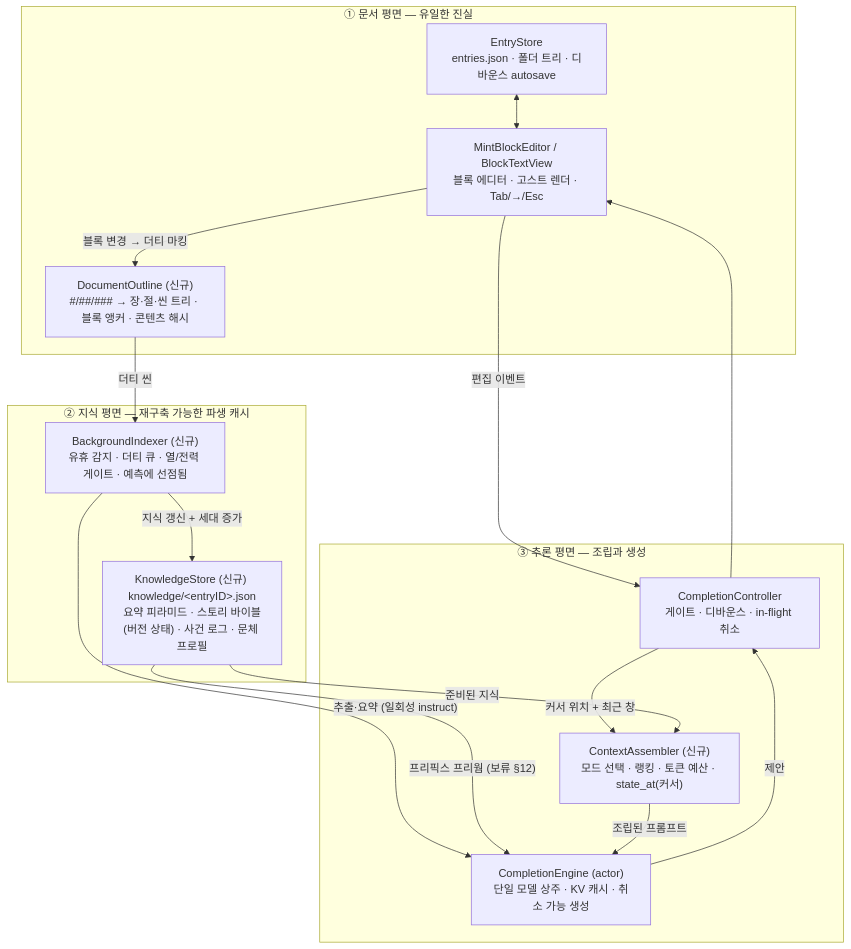
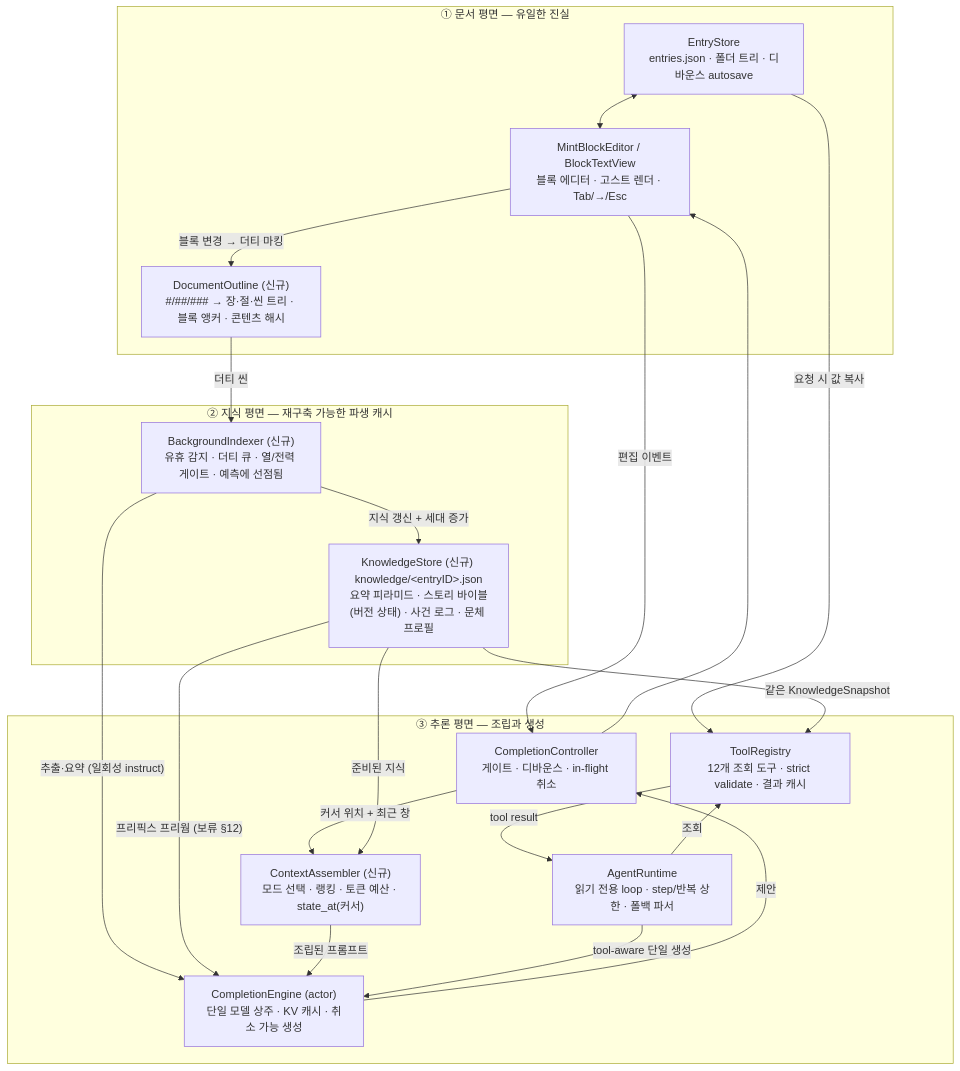
The diagram in PLAN.md (sorbetsharkroundhand/MINT), drawn with Mermaid before and after one commit. The commit also changed other lines of this file and 17 other files, not shown here.

First line of the commit message:
feat: Writing Agent MVP — 읽기 전용 tool-calling loop (PLAN §14 M10)

````diff
--- a/PLAN.md
+++ b/PLAN.md
@@ -75,29 +75,35 @@
 ```mermaid
 flowchart TD
     subgraph DOC["① 문서 평면 — 유일한 진실"]
         BE["MintBlockEditor / BlockTextView<br/>블록 에디터 · 고스트 렌더 · Tab/→/Esc"]
         ES["EntryStore<br/>entries.json · 폴더 트리 · 디바운스 autosave"]
         OL["DocumentOutline (신규)<br/>#/##/### → 장·절·씬 트리 · 블록 앵커 · 콘텐츠 해시"]
     end
     subgraph KNOW["② 지식 평면 — 재구축 가능한 파생 캐시"]
         BI["BackgroundIndexer (신규)<br/>유휴 감지 · 더티 큐 · 열/전력 게이트 · 예측에 선점됨"]
         KS["KnowledgeStore (신규) knowledge/&lt;entryID&gt;.json<br/>요약 피라미드 · 스토리 바이블(버전 상태) · 사건 로그 · 문체 프로필"]
     end
     subgraph INF["③ 추론 평면 — 조립과 생성"]
         CC["CompletionController<br/>게이트 · 디바운스 · in-flight 취소"]
         CA["ContextAssembler (신규)<br/>모드 선택 · 랭킹 · 토큰 예산 · state_at(커서)"]
         CE["CompletionEngine (actor)<br/>단일 모델 상주 · KV 캐시 · 취소 가능 생성"]
+        AR["AgentRuntime<br/>읽기 전용 loop · step/반복 상한 · 폴백 파서"]
+        TR["ToolRegistry<br/>12개 조회 도구 · strict validate · 결과 캐시"]
     end
 
     BE -->|"편집 이벤트"| CC
     BE -->|"블록 변경 → 더티 마킹"| OL
     OL -->|"더티 씬"| BI
     BI -->|"추출·요약 (일회성 instruct)"| CE
     BI -->|"지식 갱신 + 세대 증가"| KS
     KS -->|"프리픽스 프리웜 (보류 §12)"| CE
     CC -->|"커서 위치 + 최근 창"| CA
     KS -->|"준비된 지식"| CA
     CA -->|"조립된 프롬프트"| CE
     CE -->|"제안"| CC --> BE
+    ES -->|"요청 시 값 복사"| TR
+    KS -->|"같은 KnowledgeSnapshot"| TR
+    AR -->|"조회"| TR -->|"tool result"| AR
+    AR -->|"tool-aware 단일 생성"| CE
     ES <--> BE
 ```
````
